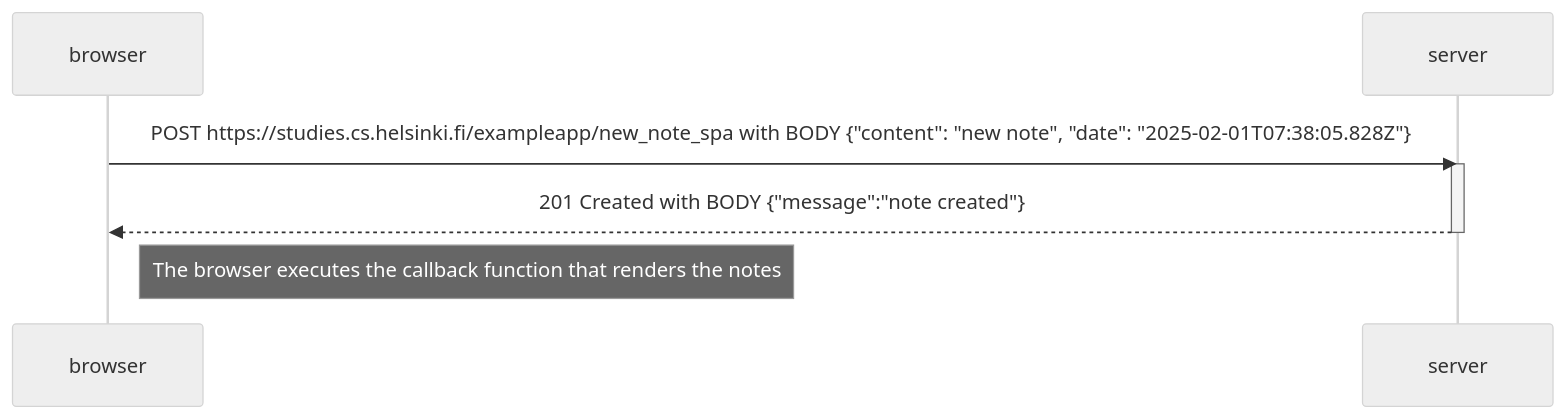
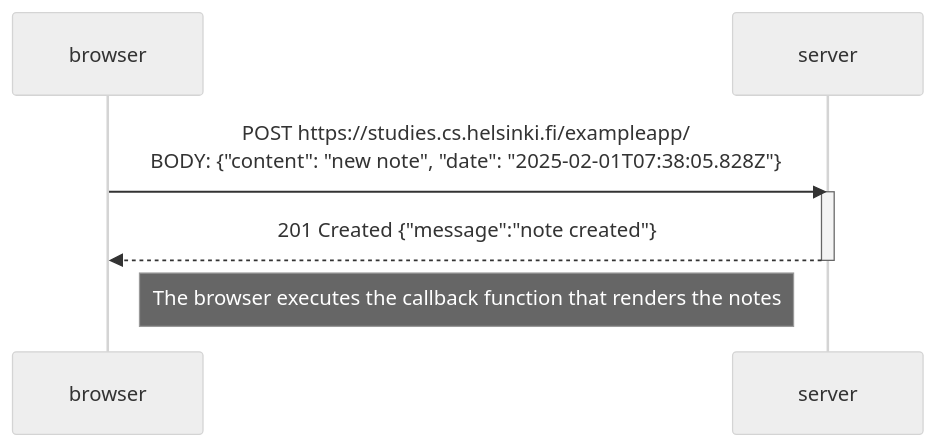
The third of 3 diagrams in part0/README.md (chenseanxy/full-stack-open), drawn with Mermaid (neutral theme) before and after one commit. The commit also changed other lines of this file, not shown here.

Commit message:
part0 formatting

````diff
--- a/part0/README.md
+++ b/part0/README.md
@@ -77,12 +77,12 @@
 ```mermaid
 sequenceDiagram
     participant browser
     participant server
 
-    browser->>server: POST https://studies.cs.helsinki.fi/exampleapp/new_note_spa with BODY {"content": "new note", "date": "2025-02-01T07:38:05.828Z"}
+    browser->>server: POST https://studies.cs.helsinki.fi/exampleapp/ <br> BODY: {"content": "new note", "date": "2025-02-01T07:38:05.828Z"}
     activate server
-    server-->>browser: 201 Created with BODY {"message":"note created"}
+    server-->>browser: 201 Created {"message":"note created"}
     deactivate server
 
     Note right of browser: The browser executes the callback function that renders the notes
 ```
````
